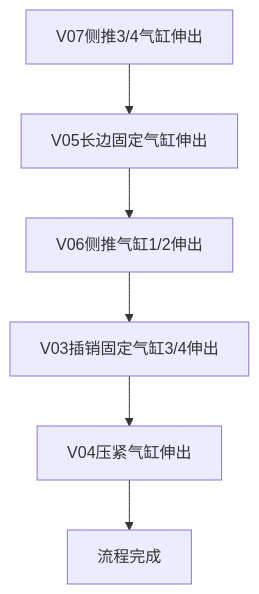
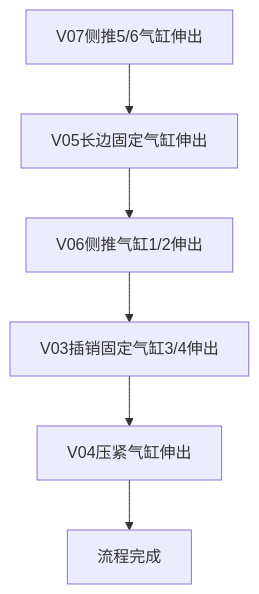
The diagram in all/OP30气缸固定子流程.md (PengKun1/iodraw-files), drawn with Mermaid before and after one commit.

Commit message:
2024-08-06 09:58:46 update

````diff
--- a/all/OP30气缸固定子流程.md
+++ b/all/OP30气缸固定子流程.md
@@ -1,10 +1,10 @@
 ```mermaid
 graph TD
-10[V07侧推3/4气缸伸出]-->20
+10[V07侧推5/6气缸伸出]-->20
 20[V05长边固定气缸伸出]-->30
 30[V06侧推气缸1/2伸出]-->40
 40[V03插销固定气缸3/4伸出]-->50
 50[V04压紧气缸伸出]-->60
 60[流程完成]
   
 ```
````
